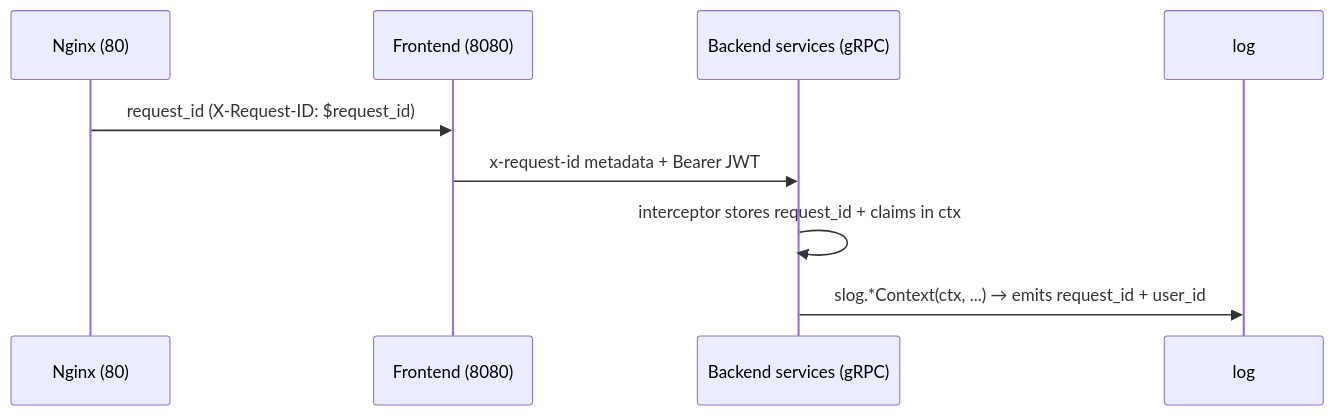
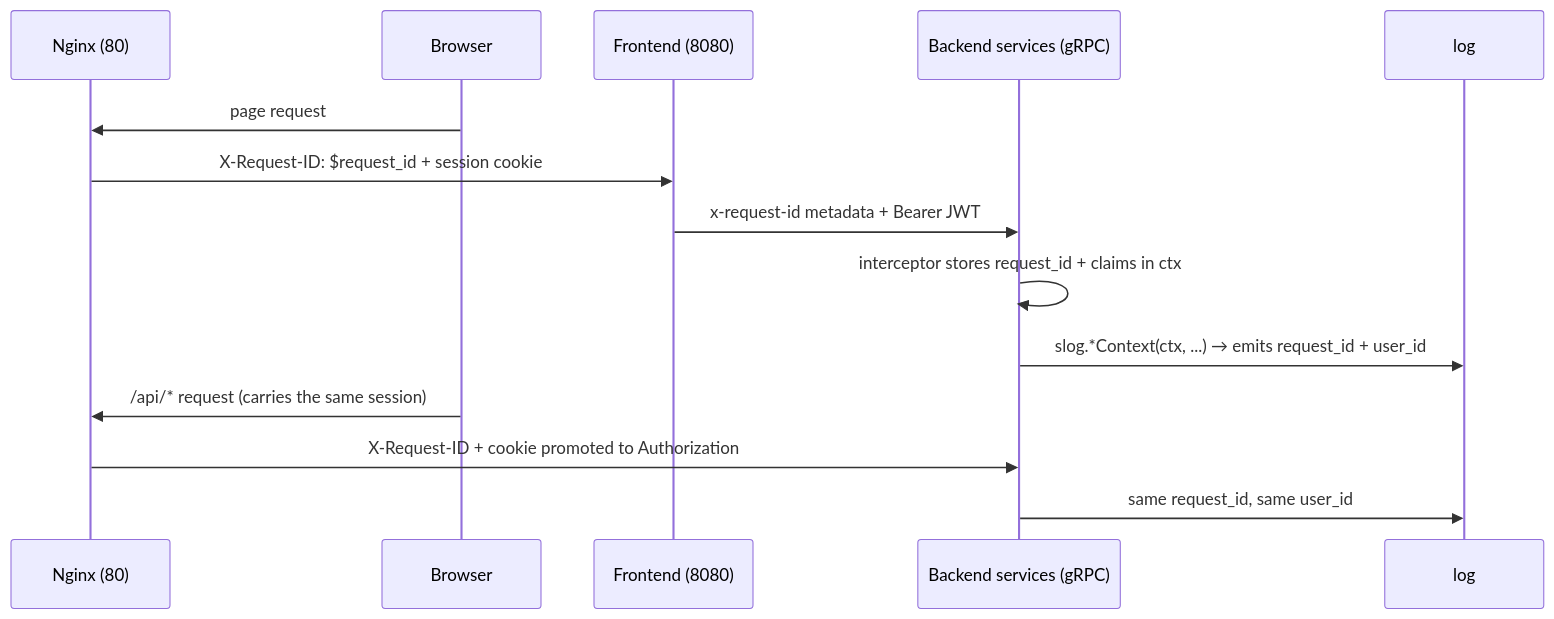
The second of 2 diagrams in docs/design.md (bundgaard1/Osbourne.AI), drawn with Mermaid before and after one commit. The commit also changed other lines of this file and 2 other files, not shown here.

````diff
--- a/docs/design.md
+++ b/docs/design.md
@@ -117,10 +166,15 @@
 ```mermaid
 sequenceDiagram
     participant NG as Nginx (80)
+    participant B as Browser
     participant F as Frontend (8080)
     participant S as Backend services (gRPC)
-    NG->>F: request_id (X-Request-ID: $request_id)
+    B->>NG: page request
+    NG->>F: X-Request-ID: $request_id + session cookie
     F->>S: x-request-id metadata + Bearer JWT
     S->>S: interceptor stores request_id + claims in ctx
     S->>log: slog.*Context(ctx, ...) → emits request_id + user_id
+    B->>NG: /api/* request (carries the same session)
+    NG->>S: X-Request-ID + cookie promoted to Authorization
+    S->>log: same request_id, same user_id
 ```
````
